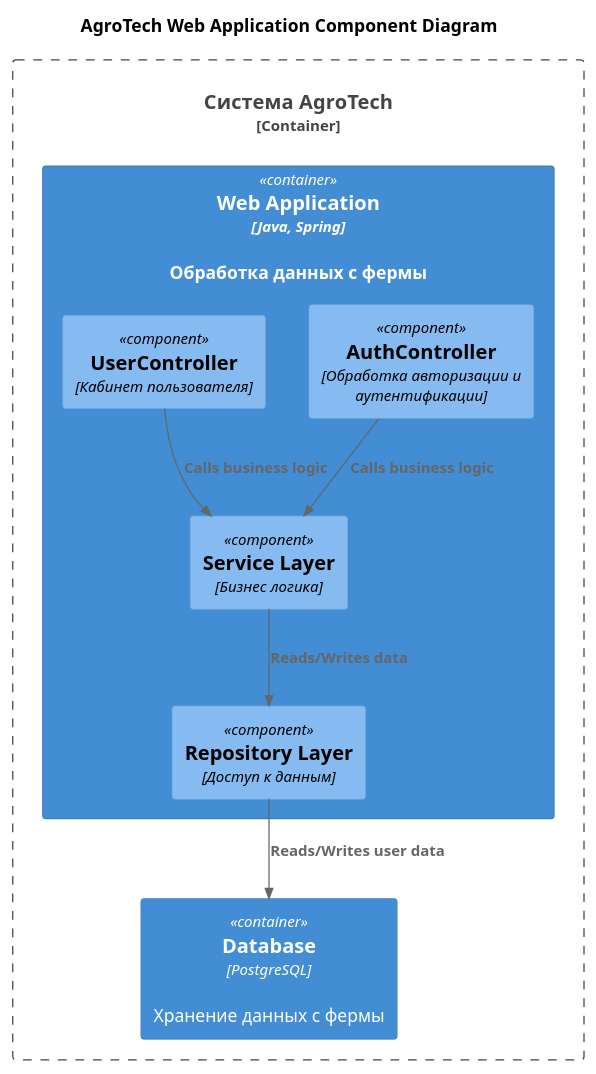
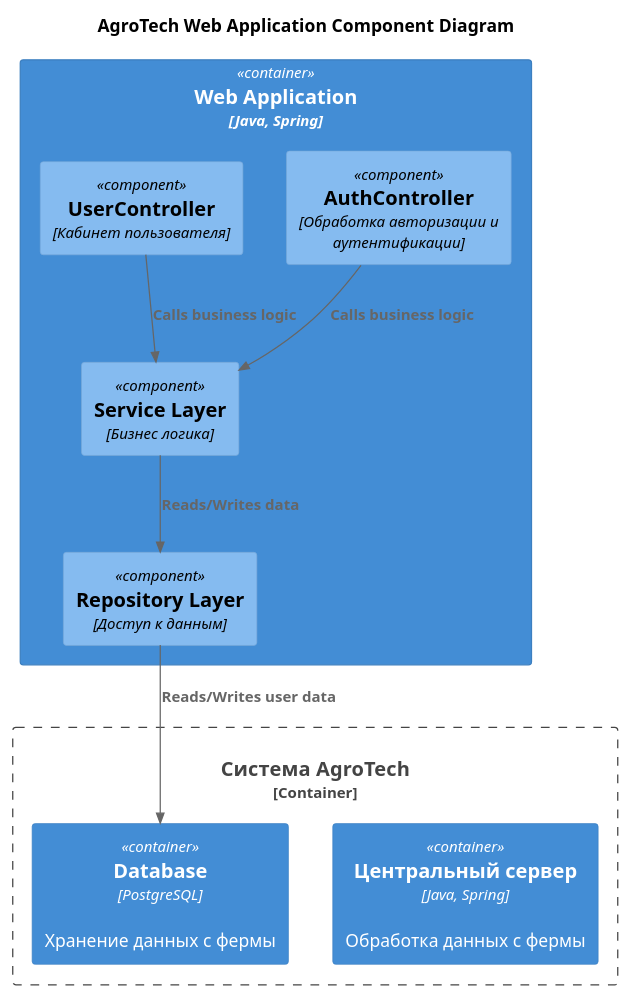
Before and after one commit to ChechelevNF/MSA-AgroTech: the diagram in Task3/Component.puml, drawn with PlantUML. The commit also changed 5 other files, not shown here.

Commit message:
изменил диаграмму компонентов

```diff
--- a/Task3/Component.puml
+++ b/Task3/Component.puml
@@ -1,25 +1,25 @@
 @startuml
 title AgroTech Web Application Component Diagram
 
 top to bottom direction
 
 !includeurl https://raw.githubusercontent.com/RicardoNiepel/C4-PlantUML/master/C4_Component.puml
 
 Container_Boundary(FitLifeSystem, "Система AgroTech") {
-  Container(WebApp, "Web Application", "Java, Spring", "Обработка данных с фермы")
+  Container(CentralServer, "Центральный сервер", "Java, Spring", "Обработка данных с фермы")
   Container(Database, "Database", "PostgreSQL", "Хранение данных с фермы")
 }
 
 Container(WebApp, "Web Application", "Java, Spring") {
   Component(AuthController, "AuthController", "Обработка авторизации и аутентификации")
   Component(UserController, "UserController", "Кабинет пользователя")
 
   Component(ServiceLayer, "Service Layer", "Бизнес логика")
   Component(RepositoryLayer, "Repository Layer", "Доступ к данным")
 }
 
 Rel(AuthController,ServiceLayer,"Calls business logic")
 Rel(UserController,ServiceLayer,"Calls business logic")
 Rel(ServiceLayer,RepositoryLayer,"Reads/Writes data")
 Rel(RepositoryLayer,Database,"Reads/Writes user data")
 @enduml
```
